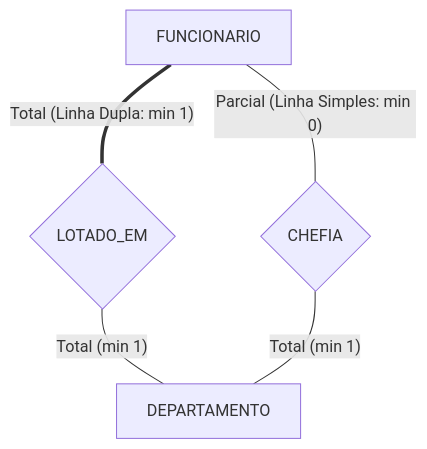
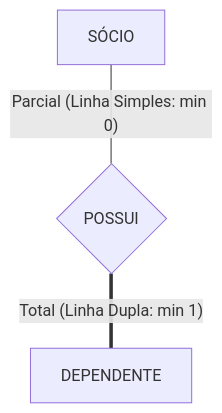
The sixth of 8 diagrams in 02. Modelagem de Dados/06. Modelagem de relacionamentos, cardinalidade e restrições de participação.md (leorruas/puc), drawn with Mermaid before and after one commit. The commit also changed other lines of this file, not shown here.

````diff
--- a/02. Modelagem de Dados/06. Modelagem de relacionamentos, cardinalidade e restrições de participação.md
+++ b/02. Modelagem de Dados/06. Modelagem de relacionamentos, cardinalidade e restrições de participação.md
@@ -186,14 +167,9 @@
 ```mermaid
 flowchart TD
-    Funcionario["FUNCIONARIO"]
-    Departamento["DEPARTAMENTO"]
+    SocioClube["SÓCIO"]
+    RelVinc{"POSSUI"}
+    DepClube["DEPENDENTE"]
 
-    RelLotado{"LOTADO_EM"}
-    RelChefia{"CHEFIA"}
-
-    Funcionario ===|"Total (Linha Dupla: min 1)"| RelLotado
-    RelLotado ---|"Total (min 1)"| Departamento
-
-    Funcionario ---|"Parcial (Linha Simples: min 0)"| RelChefia
-    RelChefia ---|"Total (min 1)"| Departamento
+    SocioClube ---|"Parcial (Linha Simples: min 0)"| RelVinc
+    RelVinc ===|"Total (Linha Dupla: min 1)"| DepClube
 ```
````
